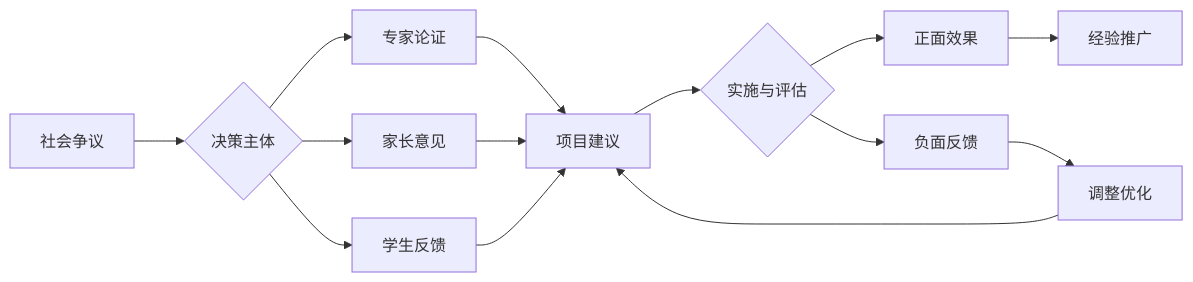
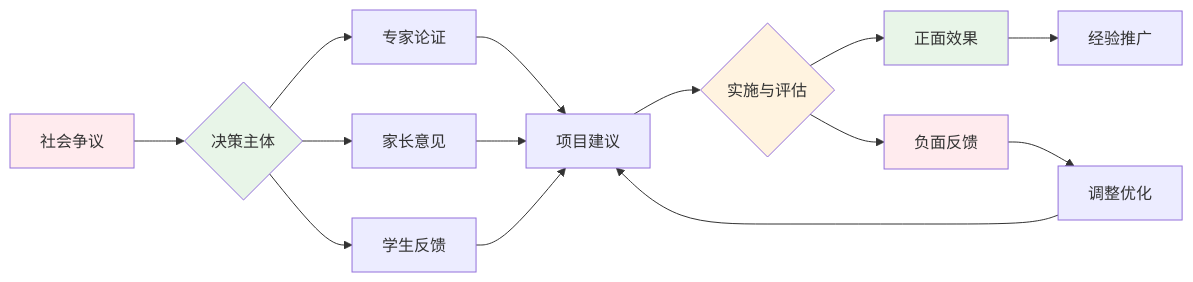
One commit to AdaMartin18010/SeniorEnducation changed the third of 7 diagrams in 03-应用实践领域/01-跨学科项目学习.md. Above: the diagram before and after it, drawn with Mermaid. The commit also changed other lines of this file and 16 other files, not shown here.

````diff
--- a/03-应用实践领域/01-跨学科项目学习.md
+++ b/03-应用实践领域/01-跨学科项目学习.md
@@ -156,16 +154,22 @@
 ```mermaid
 graph LR
     A[社会争议] --> B{决策主体}
     B --> C[专家论证]
     B --> D[家长意见]
     B --> E[学生反馈]
     C --> F[项目建议]
     D --> F
     E --> F
     F --> G{实施与评估}
     G --> H[正面效果]
     G --> I[负面反馈]
     I --> J[调整优化]
     H --> K[经验推广]
     J --> F
+    
+    style A fill:#ffebee
+    style B fill:#e8f5e8
+    style G fill:#fff3e0
+    style H fill:#e8f5e8
+    style I fill:#ffebee
 ```
````
